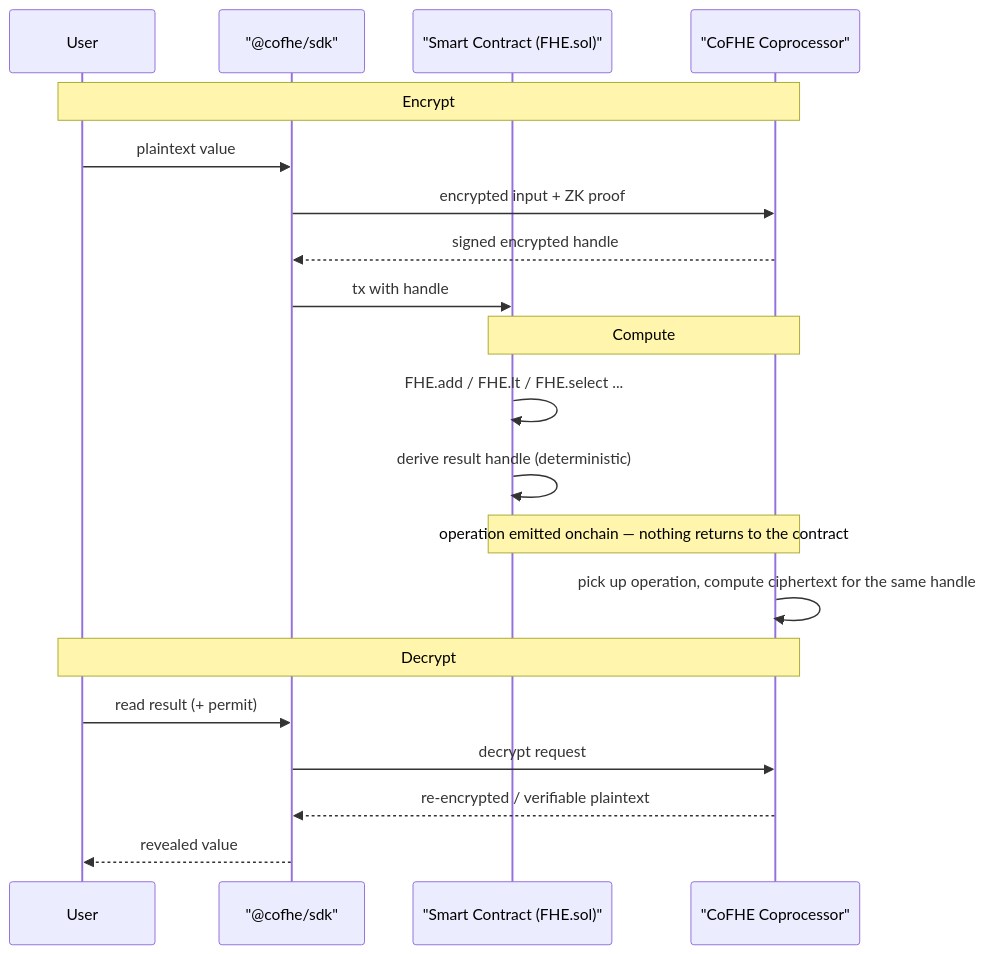
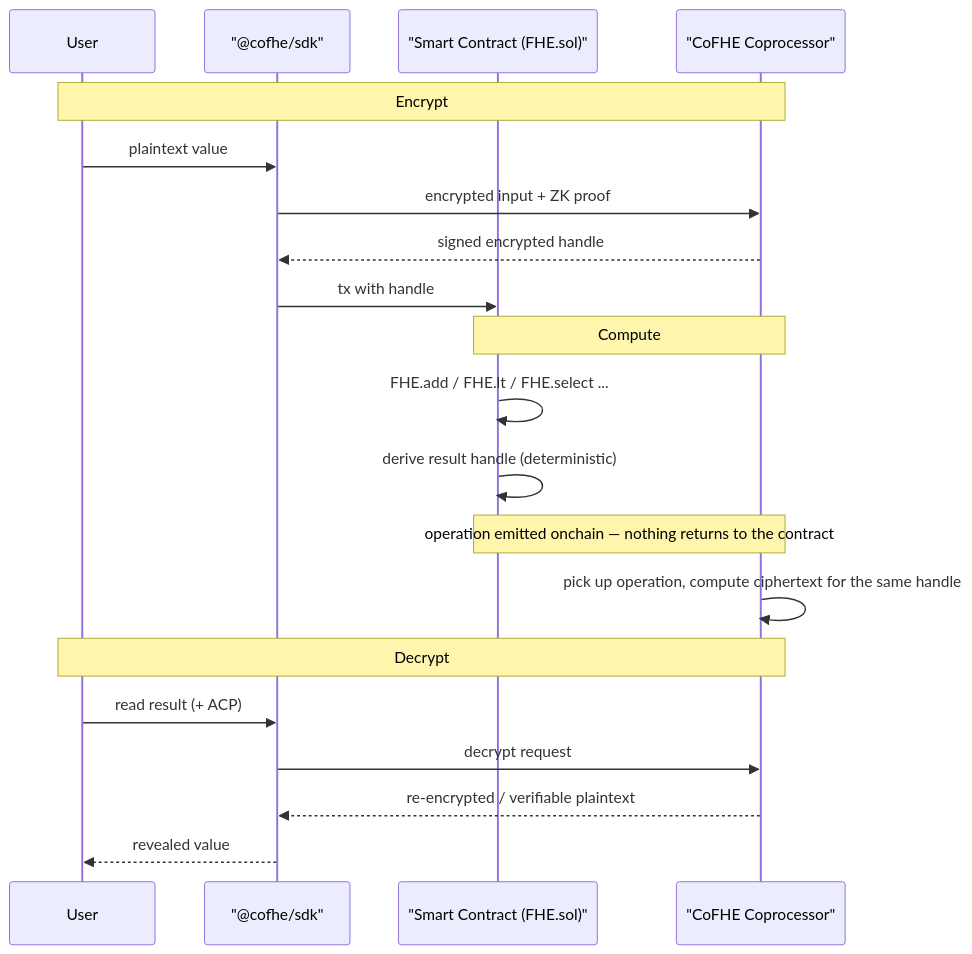
Before and after one commit to FhenixProtocol/fhenix-developer-docs: the diagram in get-started/introduction/what-is-cofhe.mdx, drawn with Mermaid. The commit also changed other lines of this file, not shown here.

````diff
--- a/get-started/introduction/what-is-cofhe.mdx
+++ b/get-started/introduction/what-is-cofhe.mdx
@@ -50,25 +50,25 @@
 ```mermaid
 sequenceDiagram
     participant User
     participant SDK as "@cofhe/sdk"
     participant Contract as "Smart Contract (FHE.sol)"
     participant CoFHE as "CoFHE Coprocessor"
 
     Note over User,CoFHE: Encrypt
     User->>SDK: plaintext value
     SDK->>CoFHE: encrypted input + ZK proof
     CoFHE-->>SDK: signed encrypted handle
     SDK->>Contract: tx with handle
 
     Note over Contract,CoFHE: Compute
     Contract->>Contract: FHE.add / FHE.lt / FHE.select ...
     Contract->>Contract: derive result handle (deterministic)
     Note over Contract,CoFHE: operation emitted onchain — nothing returns to the contract
     CoFHE->>CoFHE: pick up operation, compute ciphertext for the same handle
 
     Note over User,CoFHE: Decrypt
-    User->>SDK: read result (+ permit)
+    User->>SDK: read result (+ ACP)
     SDK->>CoFHE: decrypt request
     CoFHE-->>SDK: re-encrypted / verifiable plaintext
     SDK-->>User: revealed value
 ```
````
